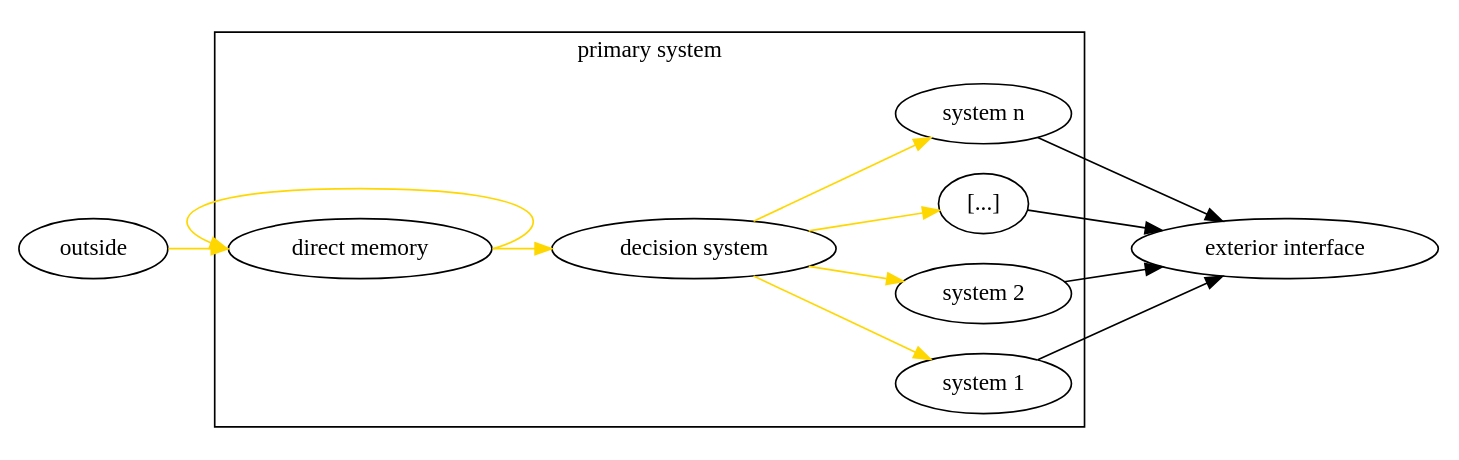
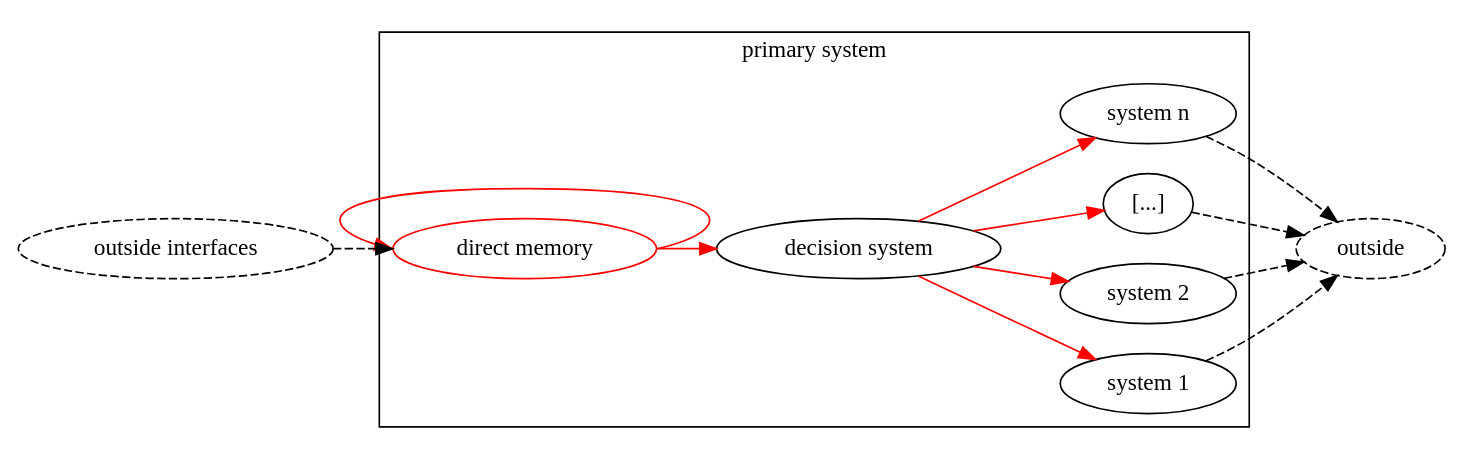
The diagram in diagrams/primary-system.dot (AdrKacz/crispy-parakeet), drawn with Graphviz before and after one commit. The commit also changed 11 other files, not shown here.

```diff
--- a/diagrams/primary-system.dot
+++ b/diagrams/primary-system.dot
@@ -1,37 +1,40 @@
 /*
 dot -Tsvg diagrams/primary-system.dot > diagrams-output/primary-system.svg
 */
 digraph {
   label=""
   rankdir=LR;
+  node [style="dashed"];
+  edge [style="dashed"];
 
   subgraph cluster_inner {
     label="primary system";
-    "direct memory";
-    "direct memory";
+    node [style=""];
+    "direct memory" [color="red"];
     "decision system";
     "system 1";
     "system 2";
     "[...]";
     "system n";
   }
 
   // primary system
   subgraph {
-    edge [color="gold"];
-    "outside" -> "direct memory" -> "decision system";
+    edge [color="red", style=""];
+    "direct memory" -> "decision system";
     "direct memory":e -> "direct memory":w;
     "decision system" -> "system 1";
     "decision system" -> "system 2";
     "decision system" -> "[...]";
     "decision system" -> "system n";
   }
 
-  // Exterior interface
+  // outside
   subgraph {
-    "system 1" -> "exterior interface";
-    "system 2" -> "exterior interface";
-    "[...]" -> "exterior interface";
-    "system n" -> "exterior interface";
+    "outside interfaces" -> "direct memory";
+    "system 1" -> "outside";
+    "system 2" -> "outside";
+    "[...]" -> "outside";
+    "system n" -> "outside";
   }
 }
```
